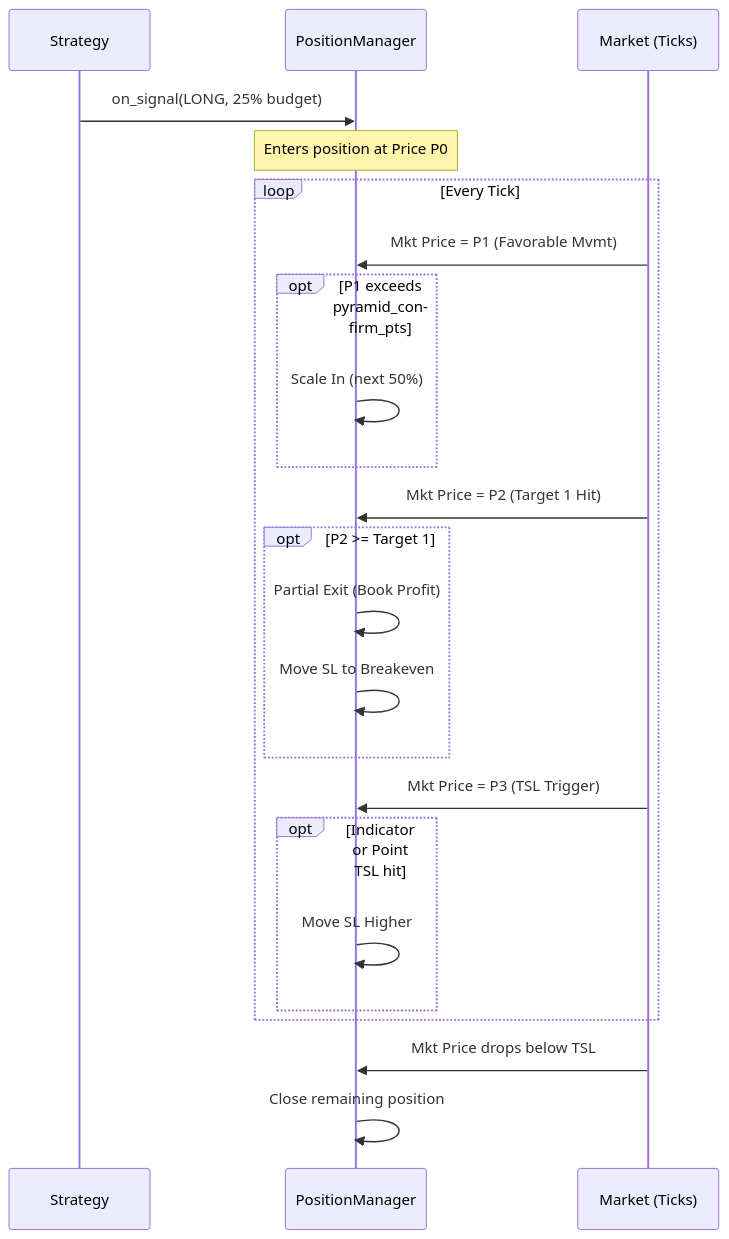
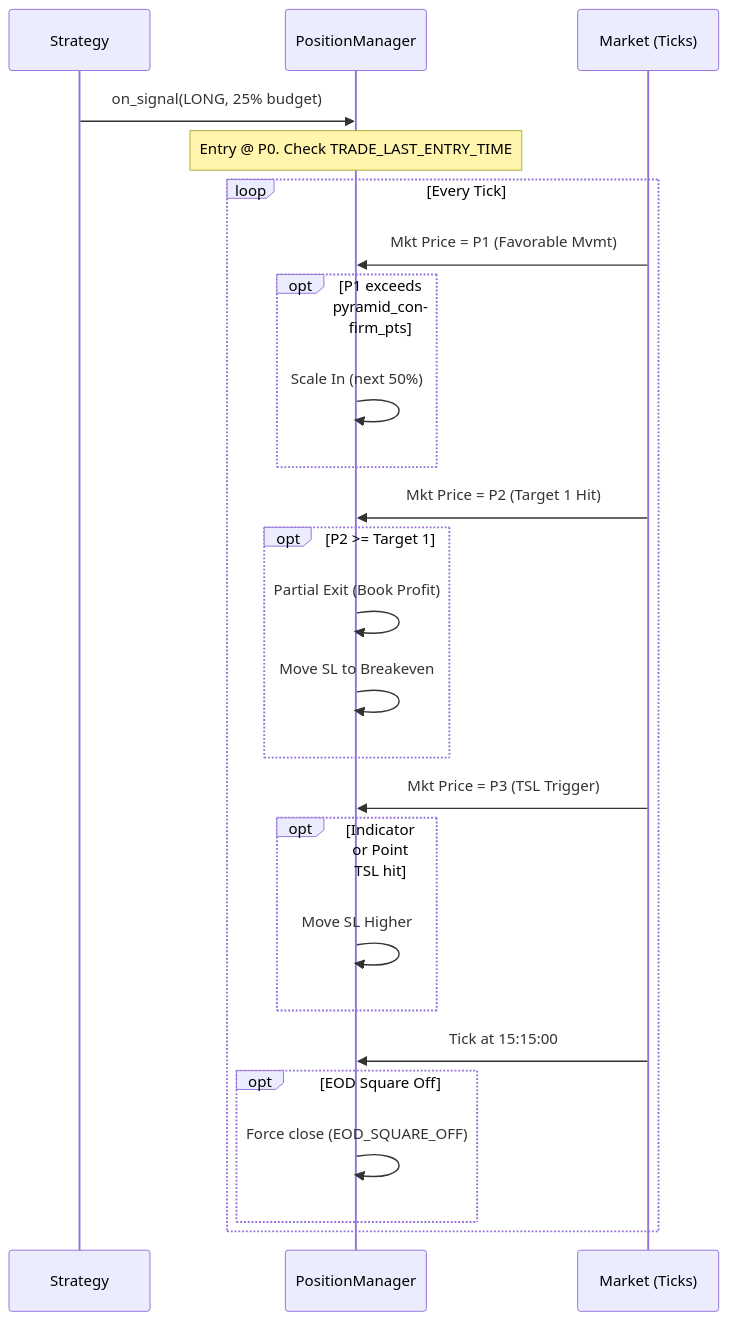
The third of 3 diagrams in docs/functional_design.md (mrin9/tradebot-python), drawn with Mermaid before and after one commit. The commit also changed other lines of this file and 15 other files, not shown here.

````diff
--- a/docs/functional_design.md
+++ b/docs/functional_design.md
@@ -450,30 +367,32 @@
 ```mermaid
 sequenceDiagram
     participant S as Strategy
     participant PM as PositionManager
     participant M as Market (Ticks)
     
     S->>PM: on_signal(LONG, 25% budget)
-    Note over PM: Enters position at Price P0
+    Note over PM: Entry @ P0. Check TRADE_LAST_ENTRY_TIME
     
     loop Every Tick
         M->>PM: Mkt Price = P1 (Favorable Mvmt)
         opt P1 exceeds pyramid_confirm_pts
             PM->>PM: Scale In (next 50%)
         end
         
         M->>PM: Mkt Price = P2 (Target 1 Hit)
         opt P2 >= Target 1
             PM->>PM: Partial Exit (Book Profit)
             PM->>PM: Move SL to Breakeven
         end
         
         M->>PM: Mkt Price = P3 (TSL Trigger)
         opt Indicator or Point TSL hit
             PM->>PM: Move SL Higher
         end
+
+        M->>PM: Tick at 15:15:00
+        opt EOD Square Off
+            PM->>PM: Force close (EOD_SQUARE_OFF)
+        end
     end
-    
-    M->>PM: Mkt Price drops below TSL
-    PM->>PM: Close remaining position
 ```
````
